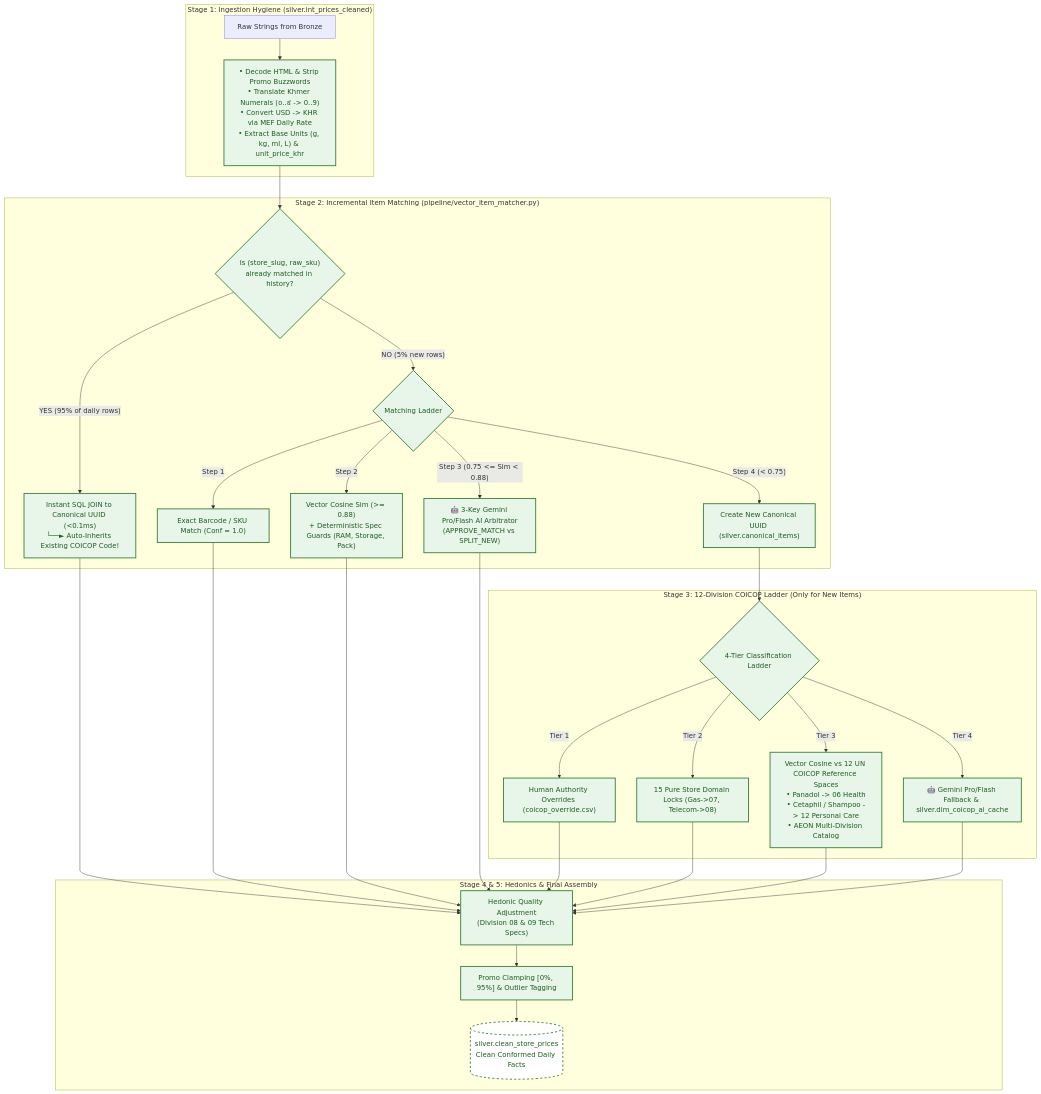
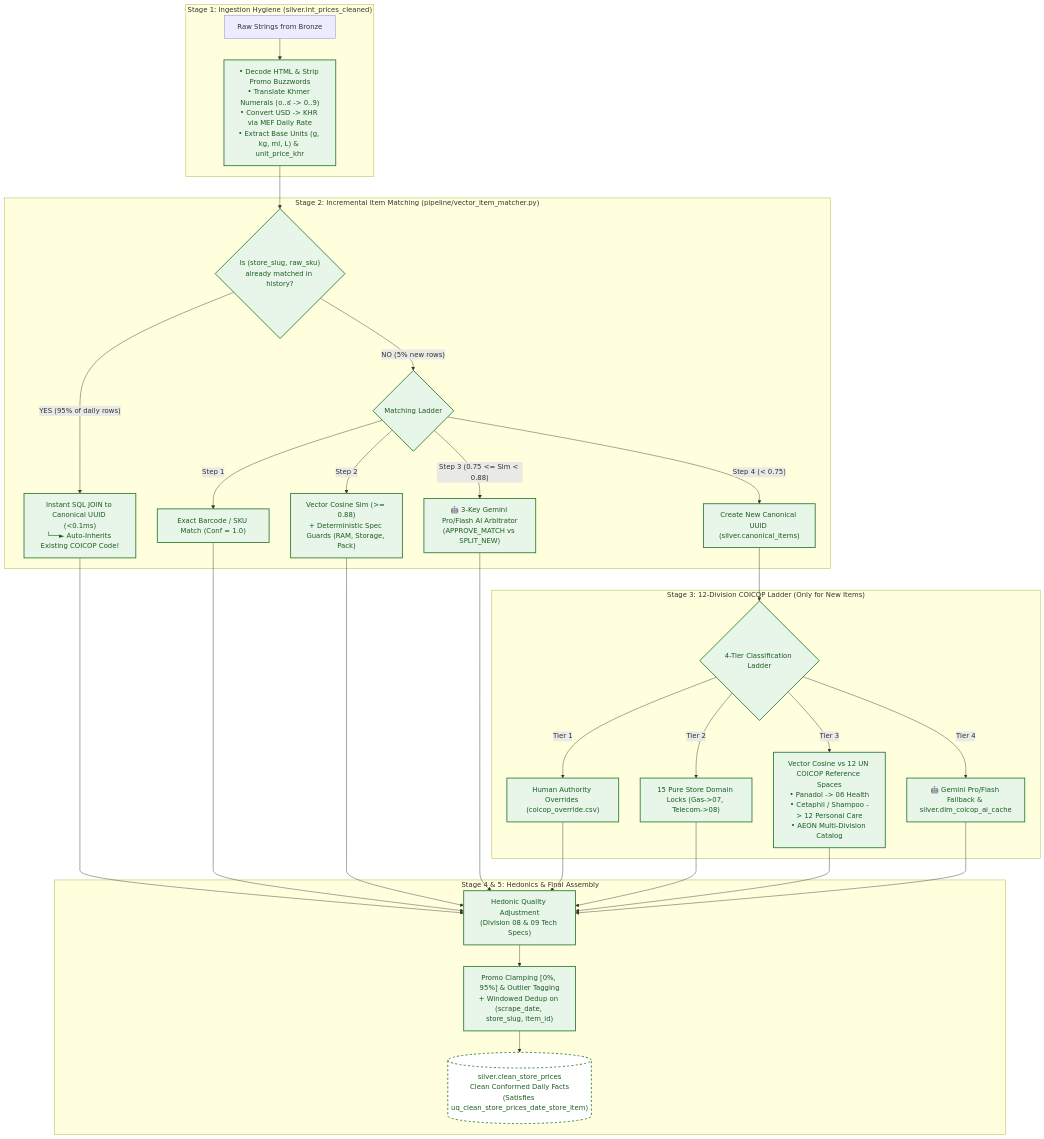
One commit to Korngmeng-Taing/Cambodia-cpi-pipeline changed the third of 4 diagrams in docs/ARCHITECTURE_DIAGRAMS.md. Above: the diagram before and after it, drawn with Mermaid. The commit also changed other lines of this file and 104 other files, not shown here.

First line of the commit message:
feat(audit): post-fix audit remediation, medallion schema consolidation, and pipeline optimization

````diff
--- a/docs/ARCHITECTURE_DIAGRAMS.md
+++ b/docs/ARCHITECTURE_DIAGRAMS.md
@@ -112,36 +112,36 @@
 ```mermaid
 flowchart TD
     subgraph Stage1["Stage 1: Ingestion Hygiene (silver.int_prices_cleaned)"]
         A1["Raw Strings from Bronze"] --> A2["• Decode HTML & Strip Promo Buzzwords\n• Translate Khmer Numerals (០..៩ -> 0..9)\n• Convert USD -> KHR via MEF Daily Rate\n• Extract Base Units (g, kg, ml, L) & unit_price_khr"]
     end
 
     subgraph Stage2["Stage 2: Incremental Item Matching (pipeline/vector_item_matcher.py)"]
         A2 --> B1{"Is (store_slug, raw_sku)\nalready matched in history?"}
         B1 -- "YES (95% of daily rows)" --> B2["Instant SQL JOIN to Canonical UUID (<0.1ms)\n└──► Auto-Inherits Existing COICOP Code!"]
         B1 -- "NO (5% new rows)" --> B3{"Matching Ladder"}
         
         B3 -- "Step 1" --> B4["Exact Barcode / SKU Match (Conf = 1.0)"]
         B3 -- "Step 2" --> B5["Vector Cosine Sim (>= 0.88)\n+ Deterministic Spec Guards (RAM, Storage, Pack)"]
         B3 -- "Step 3 (0.75 <= Sim < 0.88)" --> B6["🤖 3-Key Gemini Pro/Flash AI Arbitrator\n(APPROVE_MATCH vs SPLIT_NEW)"]
         B3 -- "Step 4 (< 0.75)" --> B7["Create New Canonical UUID (silver.canonical_items)"]
     end
 
     subgraph Stage3["Stage 3: 12-Division COICOP Ladder (Only for New Items)"]
         B7 --> C1{"4-Tier Classification Ladder"}
         C1 -- "Tier 1" --> C2["Human Authority Overrides (coicop_override.csv)"]
         C1 -- "Tier 2" --> C3["15 Pure Store Domain Locks (Gas->07, Telecom->08)"]
         C1 -- "Tier 3" --> C4["Vector Cosine vs 12 UN COICOP Reference Spaces\n• Panadol -> 06 Health\n• Cetaphil / Shampoo -> 12 Personal Care\n• AEON Multi-Division Catalog"]
         C1 -- "Tier 4" --> C5["🤖 Gemini Pro/Flash Fallback & silver.dim_coicop_ai_cache"]
     end
 
     subgraph Stage4["Stage 4 & 5: Hedonics & Final Assembly"]
         C2 & C3 & C4 & C5 & B2 & B4 & B5 & B6 --> D1["Hedonic Quality Adjustment\n(Division 08 & 09 Tech Specs)"]
-        D1 --> D2["Promo Clamping [0%, 95%] & Outlier Tagging"]
-        D2 --> D3[("silver.clean_store_prices\nClean Conformed Daily Facts")]
+        D1 --> D2["Promo Clamping [0%, 95%] & Outlier Tagging\n+ Windowed Dedup on (scrape_date, store_slug, item_id)"]
+        D2 --> D3[("silver.clean_store_prices\nClean Conformed Daily Facts\n(Satisfies uq_clean_store_prices_date_store_item)")]
     end
 
     classDef slvBox fill:#e8f5e9,stroke:#2e7d32,stroke-width:2px,color:#1b5e20;
     classDef slvTable fill:#ffffff,stroke:#2e7d32,stroke-width:2px,stroke-dasharray: 5 5,color:#1b5e20;
     class A2,B1,B2,B3,B4,B5,B6,B7,C1,C2,C3,C4,C5,D1,D2 slvBox;
     class D3 slvTable;
 ```
````
